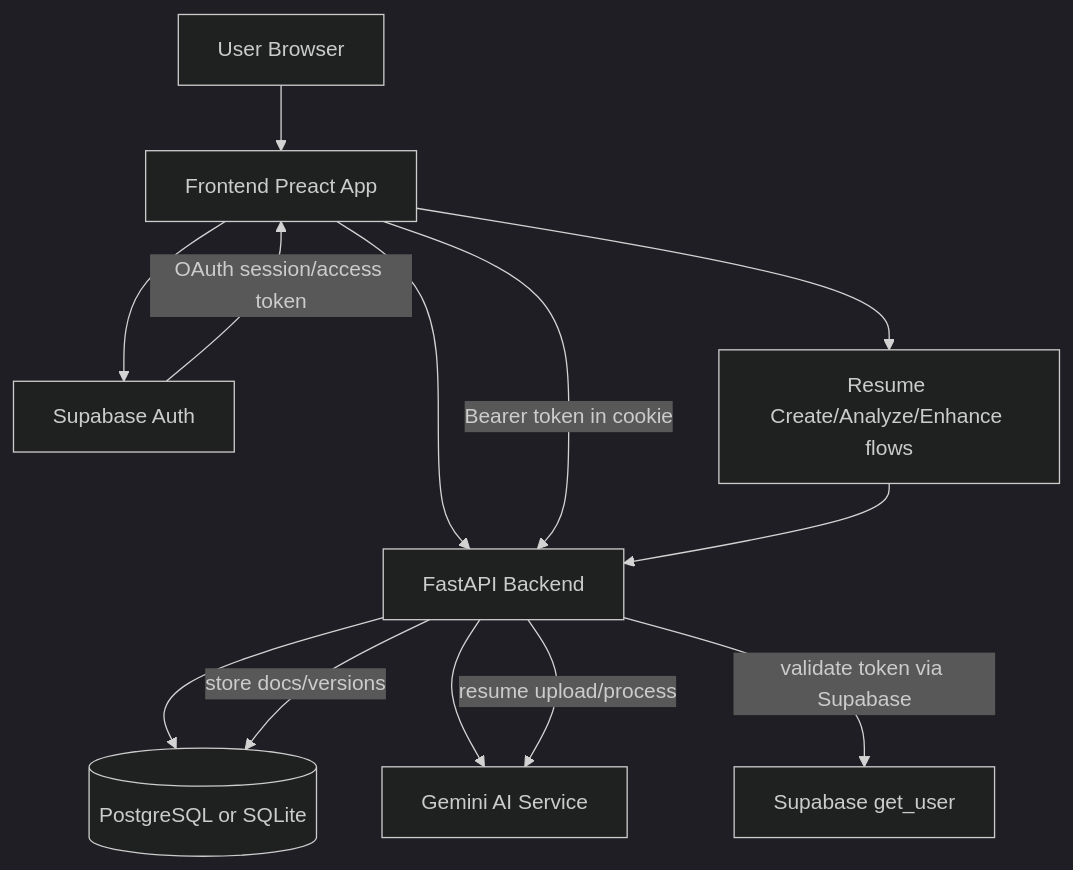
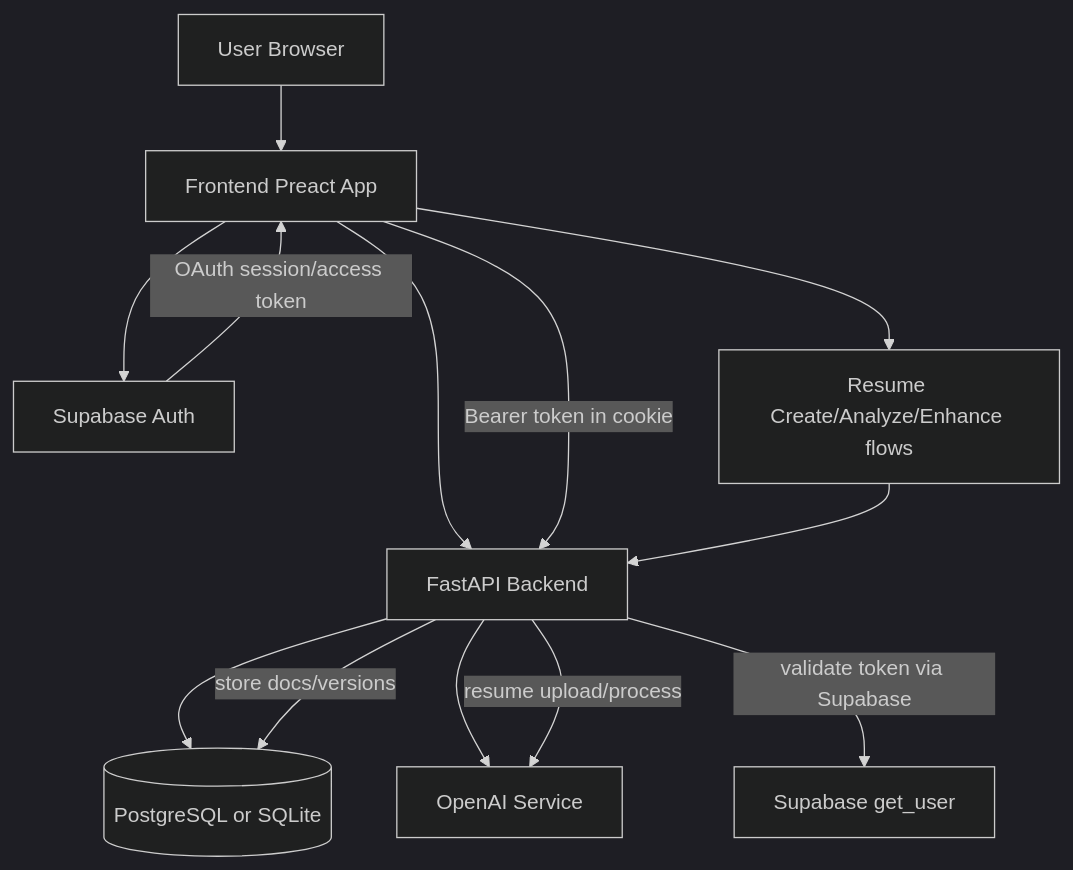
Before and after one commit to gauravsinhaweb/whatthecv: the first of 2 diagrams in README.md, drawn with Mermaid (dark theme).

````diff
--- a/README.md
+++ b/README.md
@@ -111,17 +111,17 @@
 ```mermaid
 flowchart TD
     U[User Browser] --> FE[Frontend Preact App]
     FE --> SB[Supabase Auth]
     FE --> API[FastAPI Backend]
     API --> DB[(PostgreSQL or SQLite)]
-    API --> AI[Gemini AI Service]
+    API --> AI[OpenAI Service]
 
     SB -->|OAuth session/access token| FE
     FE -->|Bearer token in cookie| API
     API -->|validate token via Supabase|getUser[Supabase get_user]
     API -->|resume upload/process| AI
     API -->|store docs/versions| DB
 
     FE --> ResumeUI[Resume Create/Analyze/Enhance flows]
     ResumeUI --> API
 ```
````
